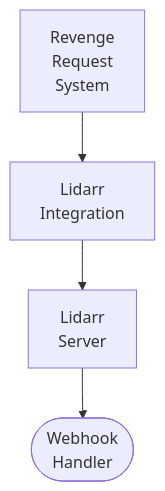
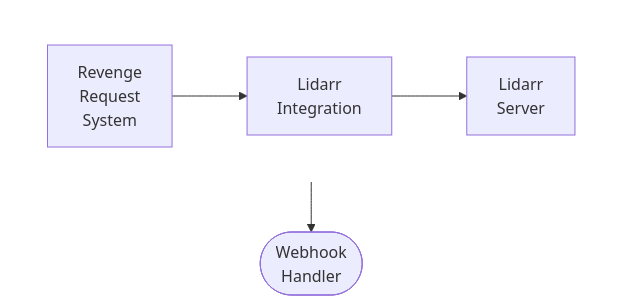
The diagram in docs/dev/design/integrations/servarr/LIDARR.md (lusoris/revenge), drawn with Mermaid before and after one commit. The commit also changed 210 other files, not shown here.

First line of the commit message:
feat(docs): Add horizontal layout support for Mermaid diagrams

````diff
--- a/docs/dev/design/integrations/servarr/LIDARR.md
+++ b/docs/dev/design/integrations/servarr/LIDARR.md
@@ -51,10 +51,16 @@
 ```mermaid
 flowchart TD
-    node1["Revenge<br/>Request<br/>System"]
-    node2["Lidarr<br/>Integration"]
-    node3["Lidarr<br/>Server"]
+    subgraph row1[ ]
+        direction LR
+        node1["Revenge<br/>Request<br/>System"]
+        node2["Lidarr<br/>Integration"]
+        node3["Lidarr<br/>Server"]
+    end
     node4(["Webhook<br/>Handler"])
     node1 --> node2
     node2 --> node3
     node3 --> node4
+
+    %% Hide row subgraph borders
+    style row1 fill:transparent,stroke:transparent
 ```
````
